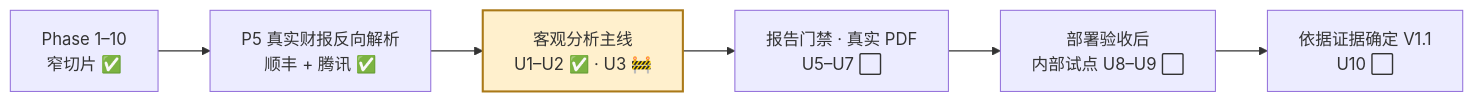
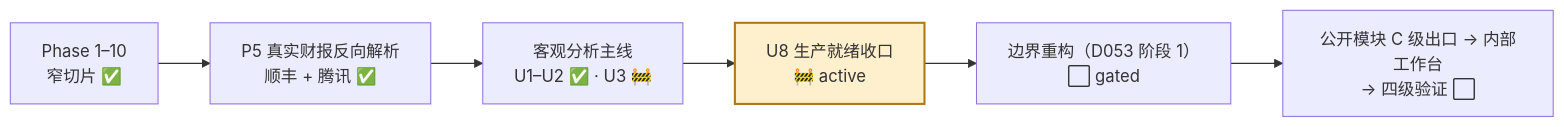
Before and after one commit to davyzhong/FLOW: the sixth of 6 diagrams in README.md, drawn with Mermaid. The commit also changed other lines of this file and 3 other files, not shown here.

````diff
--- a/README.md
+++ b/README.md
@@ -508,9 +508,9 @@
 ```mermaid
 flowchart LR
     A["Phase 1–10<br/>窄切片 ✅"] --> B["P5 真实财报反向解析<br/>顺丰 + 腾讯 ✅"]
     B --> C["客观分析主线<br/>U1–U2 ✅ · U3 🚧"]
-    C --> D["报告门禁 · 真实 PDF<br/>U5–U7 ⬜"]
-    D --> E["部署验收后<br/>内部试点 U8–U9 ⬜"]
-    E --> F["依据证据确定 V1.1<br/>U10 ⬜"]
-    style C fill:#fff0cd,stroke:#aa7918,stroke-width:2px
+    C --> D["U8 生产就绪收口<br/>🚧 active"]
+    D --> E["边界重构（D053 阶段 1）<br/>⬜ gated"]
+    E --> F["公开模块 C 级出口 → 内部工作台<br/>→ 四级验证 ⬜"]
+    style D fill:#fff0cd,stroke:#aa7918,stroke-width:2px
 ```
````
